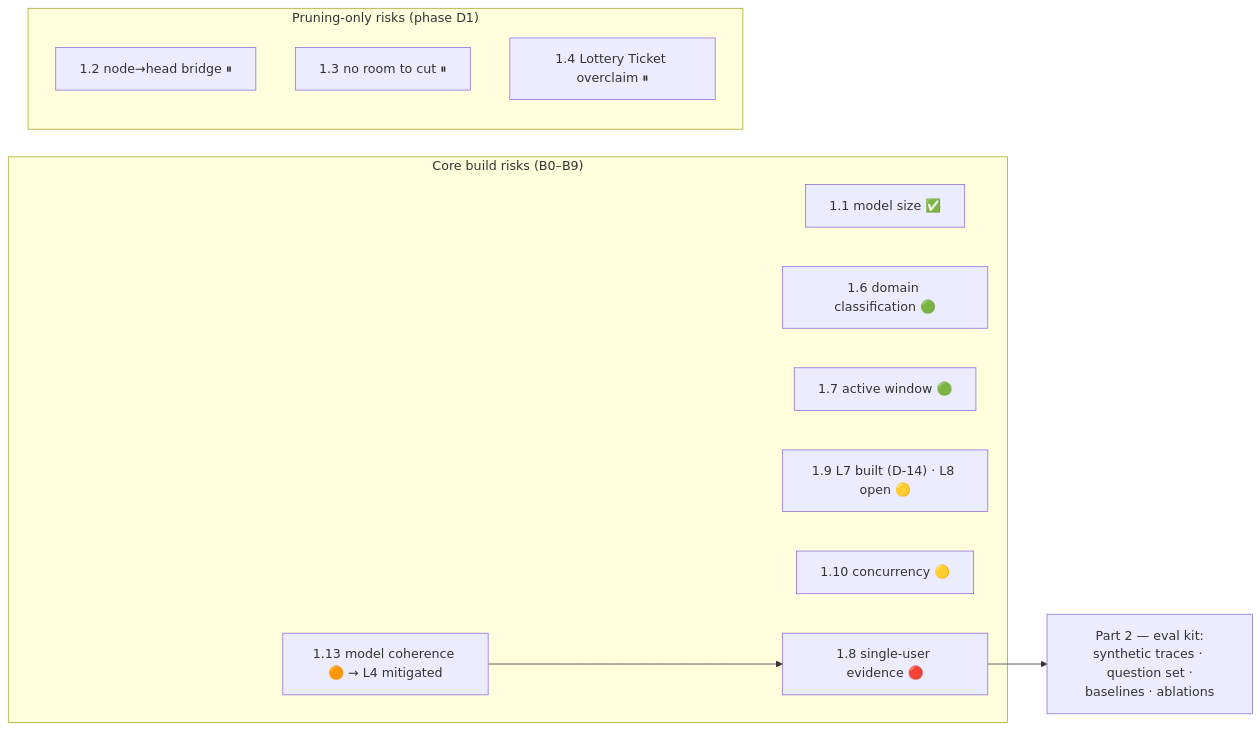
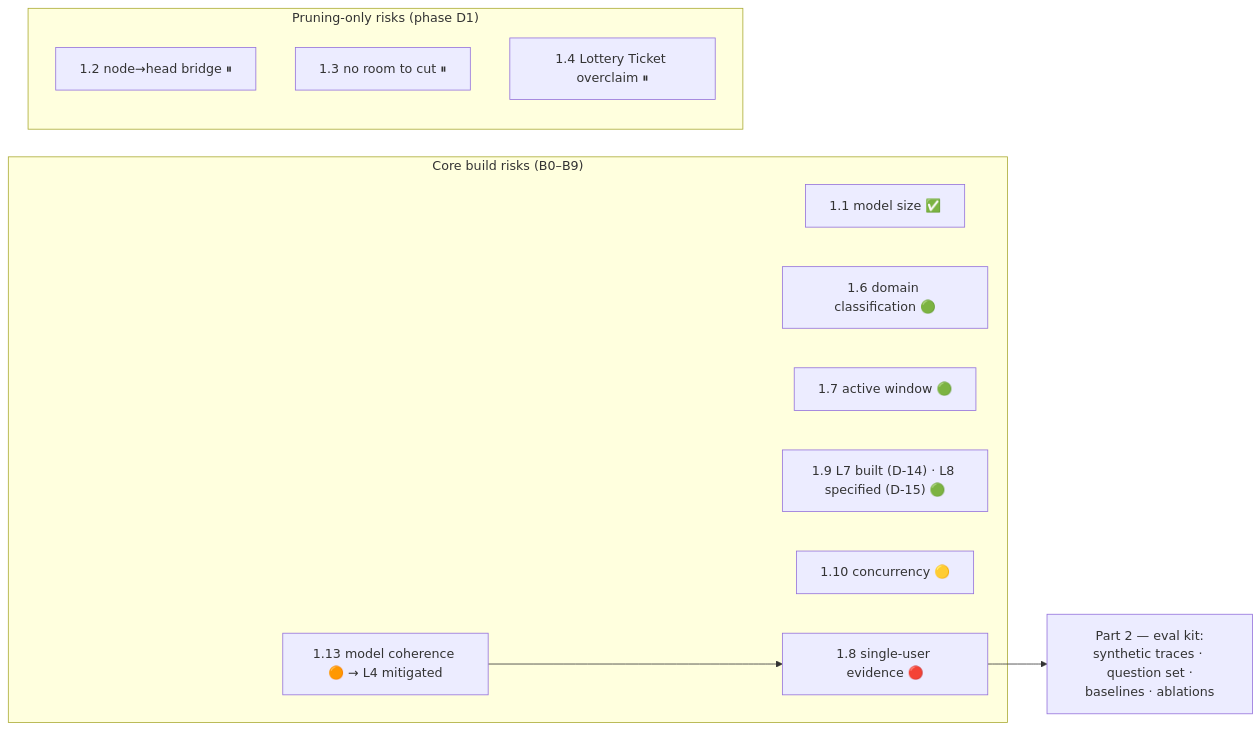
Before and after one commit to bhanot-99/NeuroPACA: the diagram in problems.md, drawn with Mermaid. The commit also changed other lines of this file and 5 other files, not shown here.

````diff
--- a/problems.md
+++ b/problems.md
@@ -35,19 +35,19 @@
 ```mermaid
 flowchart LR
     subgraph core["Core build risks (B0–B9)"]
         R11["1.1 model size ✅"]
         R16["1.6 domain classification 🟢"]
         R17["1.7 active window 🟢"]
         R113["1.13 model coherence 🟠 → L4 mitigated"]
-        R19["1.9 L7 built (D-14) · L8 open 🟡"]
+        R19["1.9 L7 built (D-14) · L8 specified (D-15) 🟢"]
         R110["1.10 concurrency 🟡"]
         R18["1.8 single-user evidence 🔴"]
     end
     subgraph deferred["Pruning-only risks (phase D1)"]
         R12["1.2 node→head bridge ⏸"]
         R13["1.3 no room to cut ⏸"]
         R14["1.4 Lottery Ticket overclaim ⏸"]
     end
     R113 --> R18
     R18 --> RESEARCH["Part 2 — eval kit:<br/>synthetic traces · question set ·<br/>baselines · ablations"]
 ```
````
